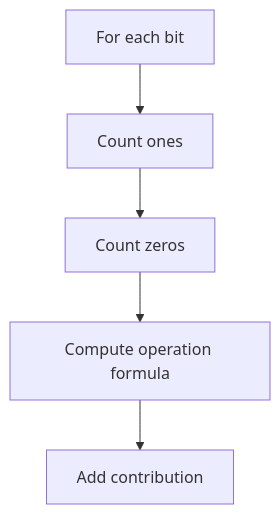
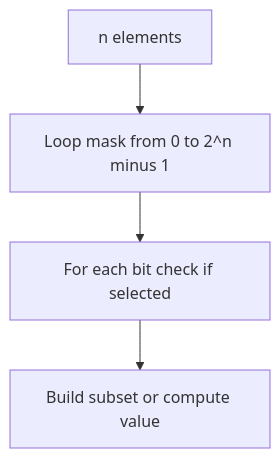
Before and after one commit to mthaiseer/springcloud-systemdesign-notes: diagram 13 of 22 in CP_DSA_NOTES/CONCEPT_FRAMEWORK_FORMS_TATICS/bitwise_playbook.md, drawn with Mermaid. The commit also changed other lines of this file, not shown here.

````diff
--- a/CP_DSA_NOTES/CONCEPT_FRAMEWORK_FORMS_TATICS/bitwise_playbook.md
+++ b/CP_DSA_NOTES/CONCEPT_FRAMEWORK_FORMS_TATICS/bitwise_playbook.md
@@ -443,7 +516,6 @@
 ```mermaid
 flowchart TD
-    A["For each bit"] --> B["Count ones"]
-    B --> C["Count zeros"]
-    C --> D["Compute operation formula"]
-    D --> E["Add contribution"]
+    A["n elements"] --> B["Loop mask from 0 to 2^n minus 1"]
+    B --> C["For each bit check if selected"]
+    C --> D["Build subset or compute value"]
 ```
````
